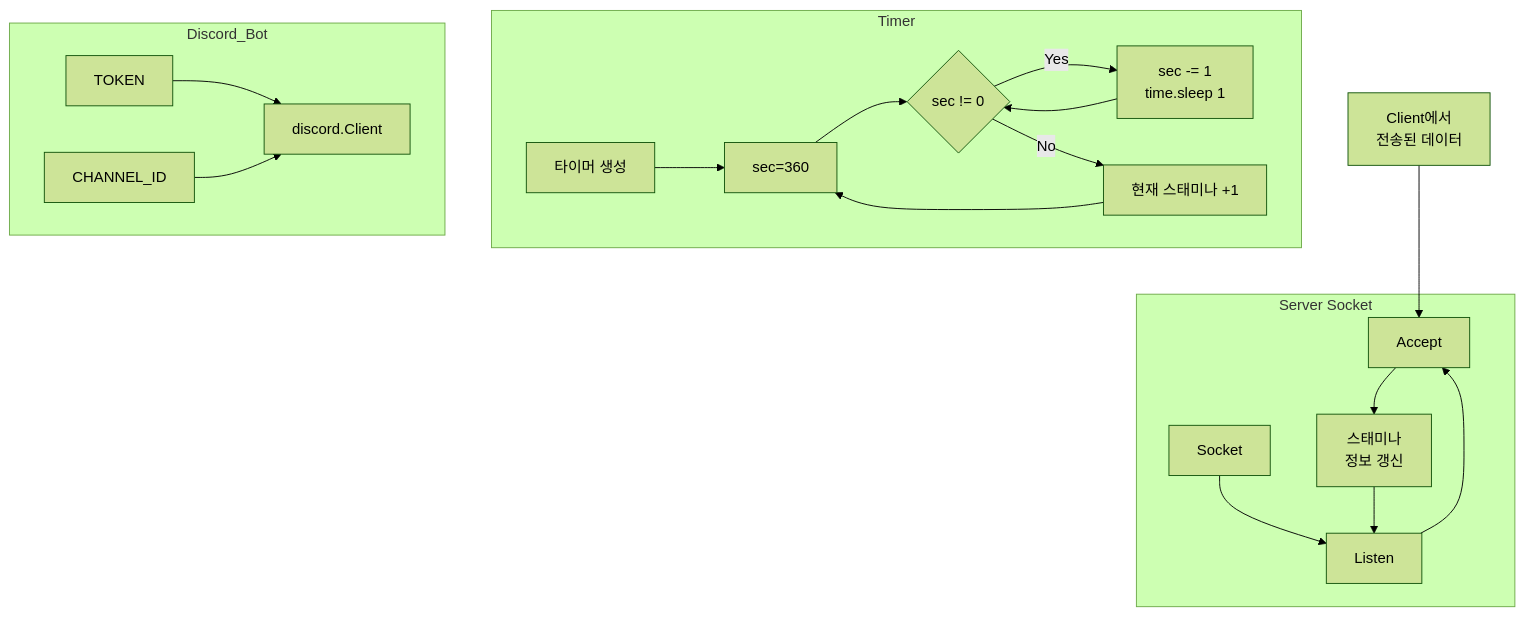
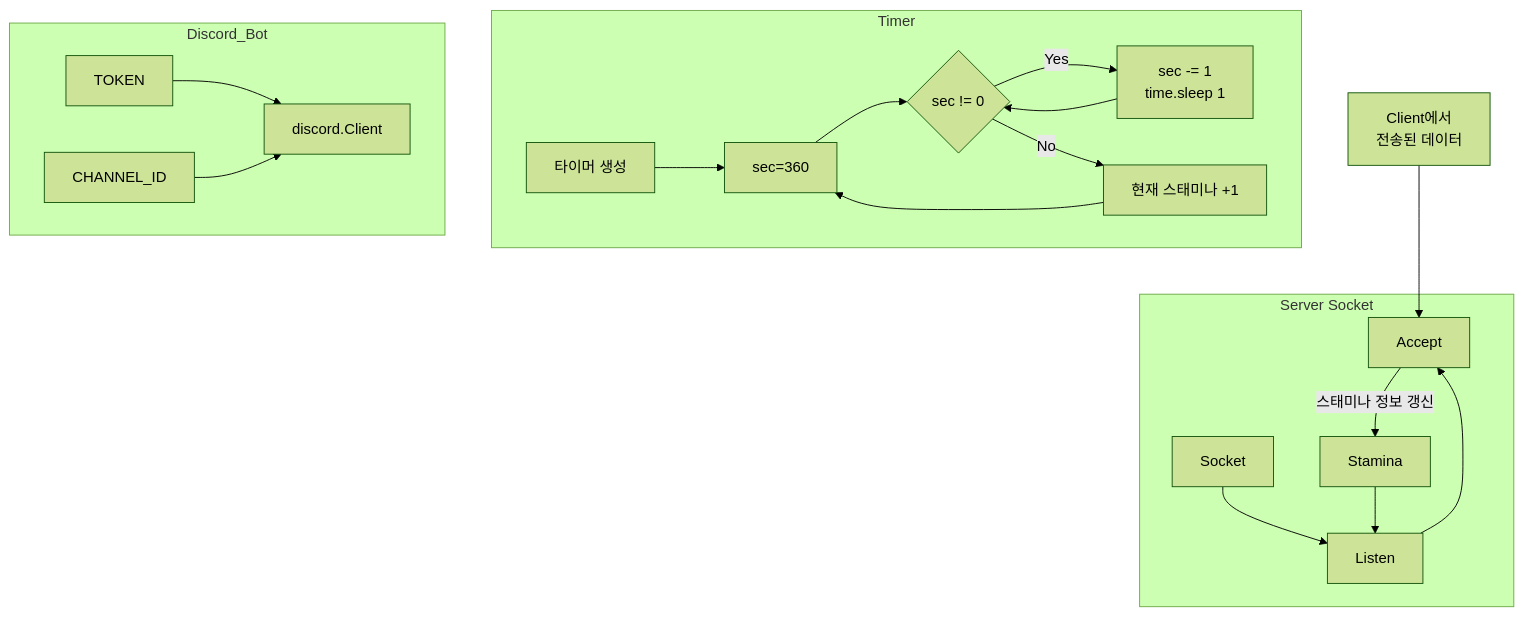
The third of 3 diagrams in README.md (201710808/Game-Stamina-Alarm), drawn with Mermaid (forest theme) before and after one commit.

````diff
--- a/README.md
+++ b/README.md
@@ -55,24 +55,26 @@
 ```mermaid
 graph TB;
     data[Client에서\n전송된 데이터]-->Accept;
+    Stamina;
+
     subgraph Server Socket;
     Socket-->Listen;
     Listen-->Accept;
-    Accept-->stamina_sync[스태미나\n정보 갱신];
-    stamina_sync-->Listen;
+    Accept-->|스태미나 정보 갱신|Stamina;
+    Stamina-->Listen;
     end;
 
     subgraph Timer;
     timer_start[타이머 생성]-->sec;
     sec[sec=360]-->condition{sec != 0};
     condition-->|"Yes"|process_time[sec -= 1\ntime.sleep 1];
     process_time-->condition;
     condition-->|"No"|sync_stamina[현재 스태미나 +1];
     sync_stamina-->sec;
     end;
 
     subgraph Discord_Bot;
     TOKEN-->Client[discord.Client];
     CHANNEL_ID-->Client;
     end;
 ```
````
